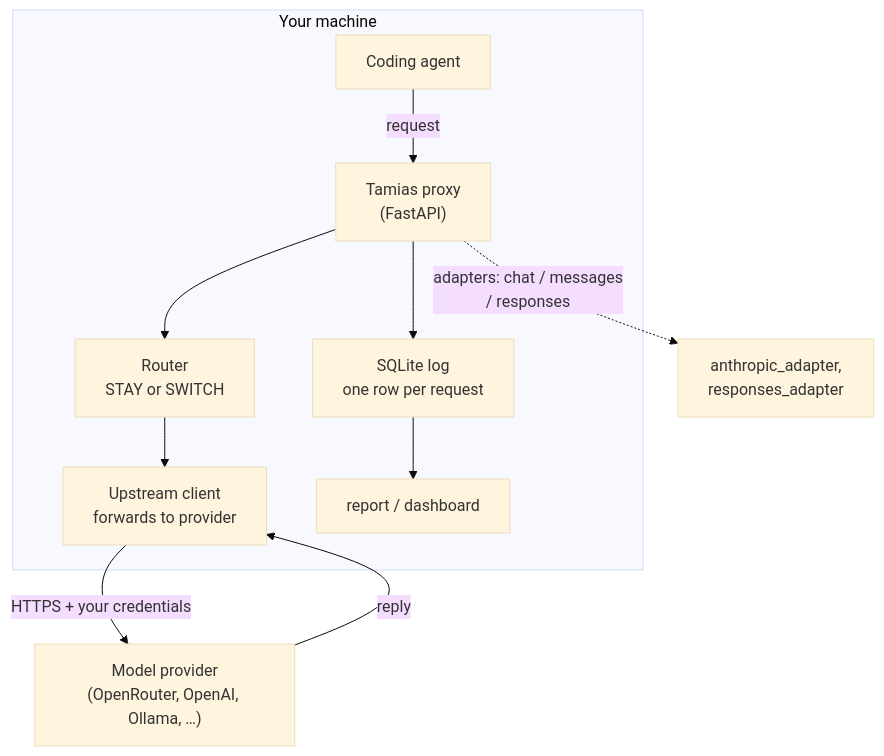
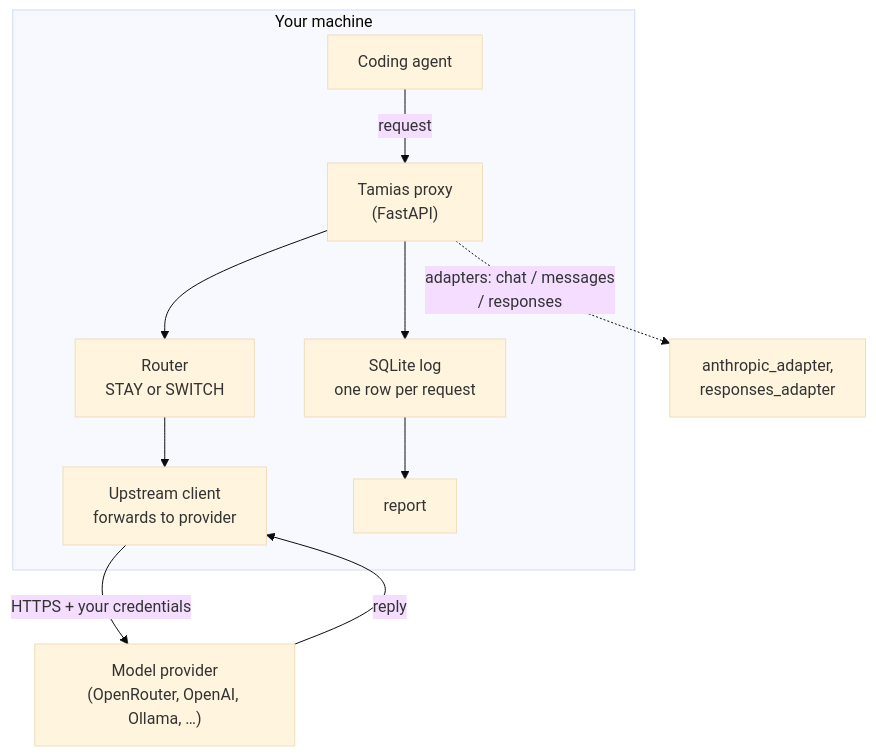
One commit to kr1shnac/tamias changed the diagram in docs/diagrams/architecture.mmd. Above: the diagram before and after it, drawn with Mermaid (base theme). The commit also changed 42 other files, not shown here.

```diff
--- a/docs/diagrams/architecture.mmd
+++ b/docs/diagrams/architecture.mmd
@@ -1,11 +1,11 @@
 flowchart TB
     subgraph client["Your machine"]
         AG["Coding agent"] -->|request| PX
         PX["Tamias proxy<br/>(FastAPI)"] --> RT["Router<br/>STAY or SWITCH"]
         RT --> UP["Upstream client<br/>forwards to provider"]
         PX --> ST["SQLite log<br/>one row per request"]
-        ST --> RP["report / dashboard"]
+        ST --> RP["report"]
     end
     UP -->|"HTTPS + your credentials"| PROV["Model provider<br/>(OpenRouter, OpenAI, Ollama, …)"]
     PROV -->|reply| UP
     PX -.->|"adapters: chat / messages<br/>/ responses"| AD["anthropic_adapter,<br/>responses_adapter"]
```
